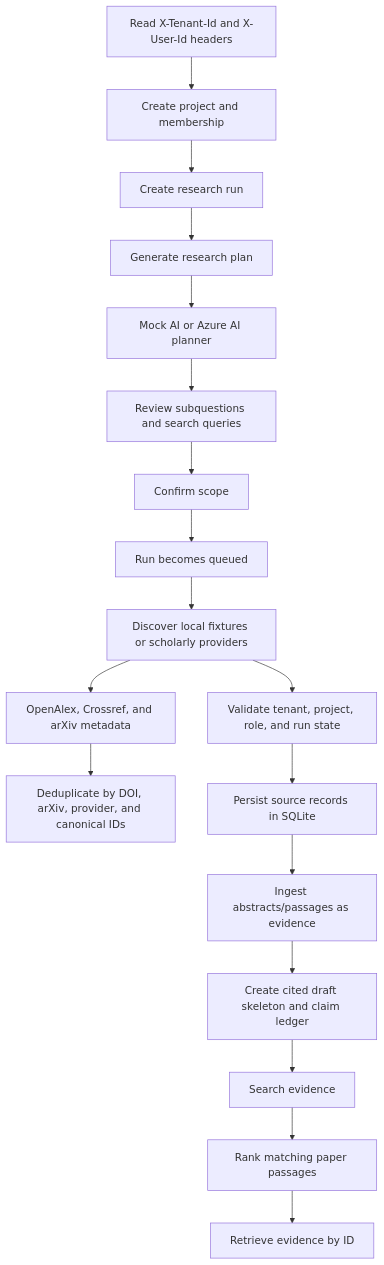
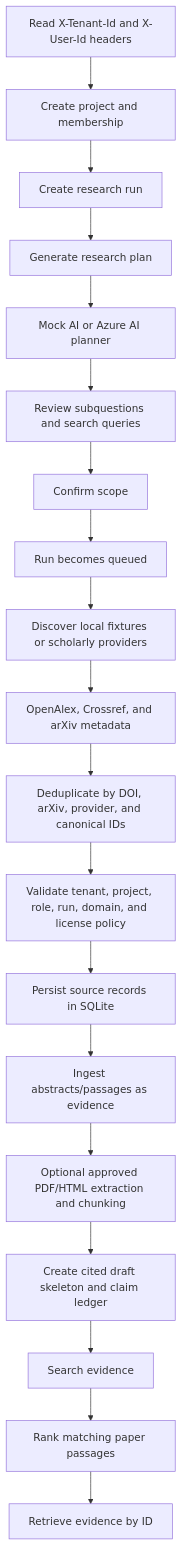
The diagram in research_system/PROJECT_FLOW.md (taza1/regula), drawn with Mermaid before and after one commit. The commit also changed 5 other files, not shown here.

````diff
--- a/research_system/PROJECT_FLOW.md
+++ b/research_system/PROJECT_FLOW.md
@@ -5,20 +5,21 @@
 ```mermaid
 flowchart TD
     A[Read X-Tenant-Id and X-User-Id headers] --> B[Create project and membership]
     B --> C[Create research run]
     C --> D[Generate research plan]
     D --> E[Mock AI or Azure AI planner]
     E --> F[Review subquestions and search queries]
     F --> G[Confirm scope]
     G --> H[Run becomes queued]
     H --> I[Discover local fixtures or scholarly providers]
     I --> I2[OpenAlex, Crossref, and arXiv metadata]
     I2 --> I3[Deduplicate by DOI, arXiv, provider, and canonical IDs]
-    I --> J[Validate tenant, project, role, and run state]
+    I3 --> J[Validate tenant, project, role, run, domain, and license policy]
     J --> K[Persist source records in SQLite]
     K --> L[Ingest abstracts/passages as evidence]
-    L --> M[Create cited draft skeleton and claim ledger]
+    L --> L2[Optional approved PDF/HTML extraction and chunking]
+    L2 --> M[Create cited draft skeleton and claim ledger]
     M --> N[Search evidence]
     N --> O[Rank matching paper passages]
     O --> P[Retrieve evidence by ID]
 ```
````
